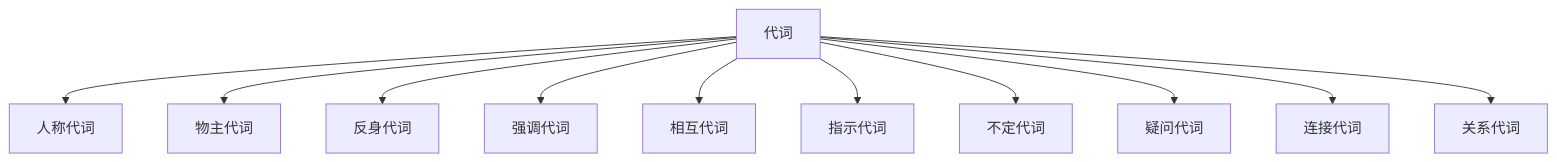
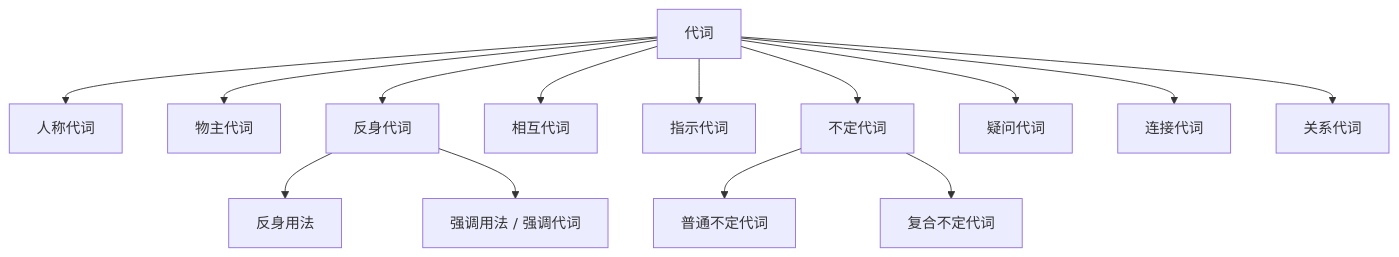
The diagram in docs/note/english/grammar/parts-of-speech/pronouns.mdx (lailai0916/lailai0916.github.io), drawn with Mermaid before and after one commit. The commit also changed other lines of this file and 2 other files, not shown here.

````diff
--- a/docs/note/english/grammar/parts-of-speech/pronouns.mdx
+++ b/docs/note/english/grammar/parts-of-speech/pronouns.mdx
@@ -162,14 +539,17 @@
 ```mermaid
 graph TD;
     A1[代词];
     A1 --> B1[人称代词];
     A1 --> B2[物主代词];
     A1 --> B3[反身代词];
-    A1 --> B4[强调代词];
+    B3 --> C3a[反身用法];
+    B3 --> C3b[强调用法 / 强调代词];
     A1 --> B5[相互代词];
     A1 --> B6[指示代词];
     A1 --> B7[不定代词];
+    B7 --> C7a[普通不定代词];
+    B7 --> C7b[复合不定代词];
     A1 --> B8[疑问代词];
     A1 --> B9[连接代词];
     A1 --> B10[关系代词];
 ```
````
